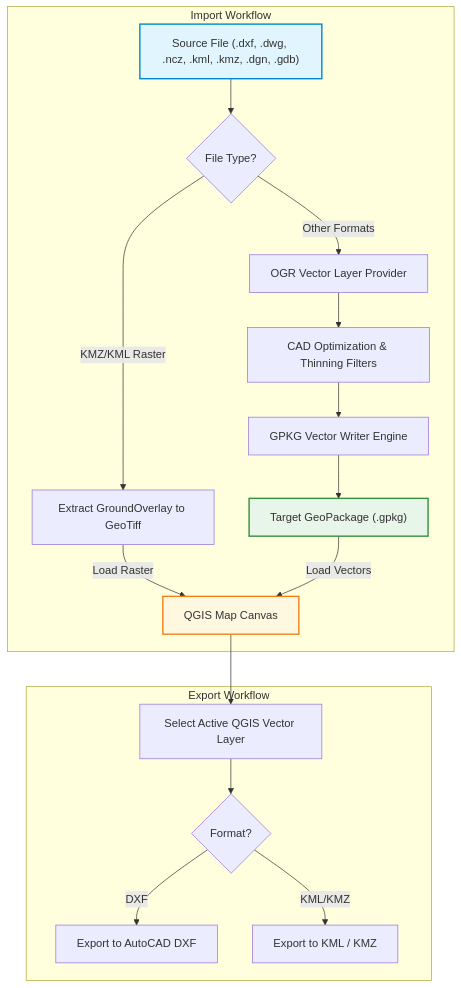
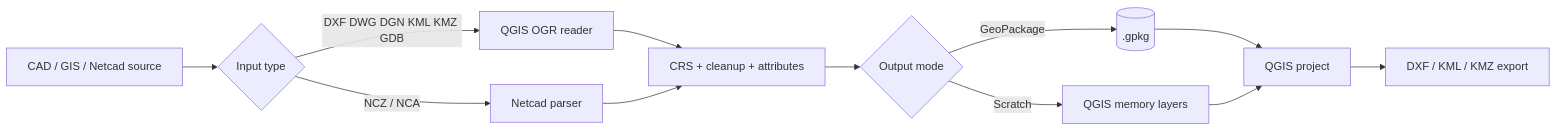
One commit to YusufEminoglu/zero2cadgis changed the diagram in README.md. Above: the diagram before and after it, drawn with Mermaid. The commit also changed other lines of this file and 14 other files, not shown here.

````diff
--- a/README.md
+++ b/README.md
@@ -28,24 +60,14 @@
 ```mermaid
-flowchart TD
-    subgraph Import Workflow
-        A["Source File (.dxf, .dwg, .ncz, .kml, .kmz, .dgn, .gdb)"] --> B{"File Type?"}
-        B -->|KMZ/KML Raster| C["Extract GroundOverlay to GeoTiff"]
-        B -->|Other Formats| D["OGR Vector Layer Provider"]
-        C -->|Load Raster| K["QGIS Map Canvas"]
-        D --> E["CAD Optimization & Thinning Filters"]
-        E --> F["GPKG Vector Writer Engine"]
-        F --> G["Target GeoPackage (.gpkg)"]
-        G -->|Load Vectors| K
-    end
-    
-    subgraph Export Workflow
-        K --> H["Select Active QGIS Vector Layer"]
-        H --> I{"Format?"}
-        I -->|DXF| J["Export to AutoCAD DXF"]
-        I -->|KML/KMZ| L["Export to KML / KMZ"]
-    end
-    
-    style A fill:#e1f5fe,stroke:#0288d1,stroke-width:2px
-    style G fill:#e8f5e9,stroke:#388e3c,stroke-width:2px
-    style K fill:#fff8e1,stroke:#f57f17,stroke-width:2px
+flowchart LR
+  A[CAD / GIS / Netcad source] --> B{Input type}
+  B -->|DXF DWG DGN KML KMZ GDB| C[QGIS OGR reader]
+  B -->|NCZ / NCA| D[Netcad parser]
+  C --> E[CRS + cleanup + attributes]
+  D --> E
+  E --> F{Output mode}
+  F -->|GeoPackage| G[(.gpkg)]
+  F -->|Scratch| H[QGIS memory layers]
+  G --> I[QGIS project]
+  H --> I
+  I --> J[DXF / KML / KMZ export]
 ```
````
